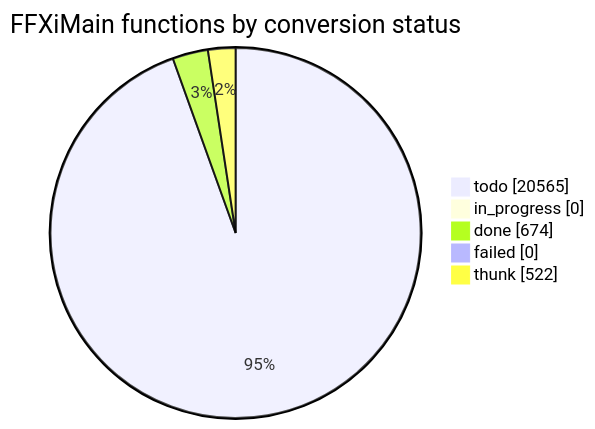
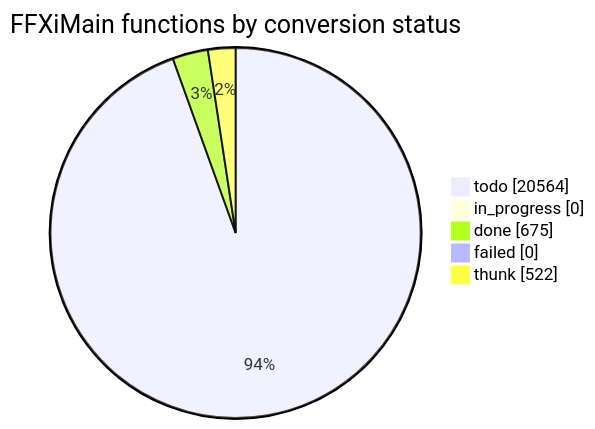
One commit to cowrevenge/cow_kuluu_xi_anything changed the diagram in docs/cow/STATUS.md. Above: the diagram before and after it, drawn with Mermaid. The commit also changed other lines of this file and 9 other files, not shown here.

````diff
--- a/docs/cow/STATUS.md
+++ b/docs/cow/STATUS.md
@@ -18,9 +18,9 @@
 ```mermaid
 pie showData
     title FFXiMain functions by conversion status
-    "todo" : 20565
+    "todo" : 20564
     "in_progress" : 0
-    "done" : 674
+    "done" : 675
     "failed" : 0
     "thunk" : 522
 ```
````
